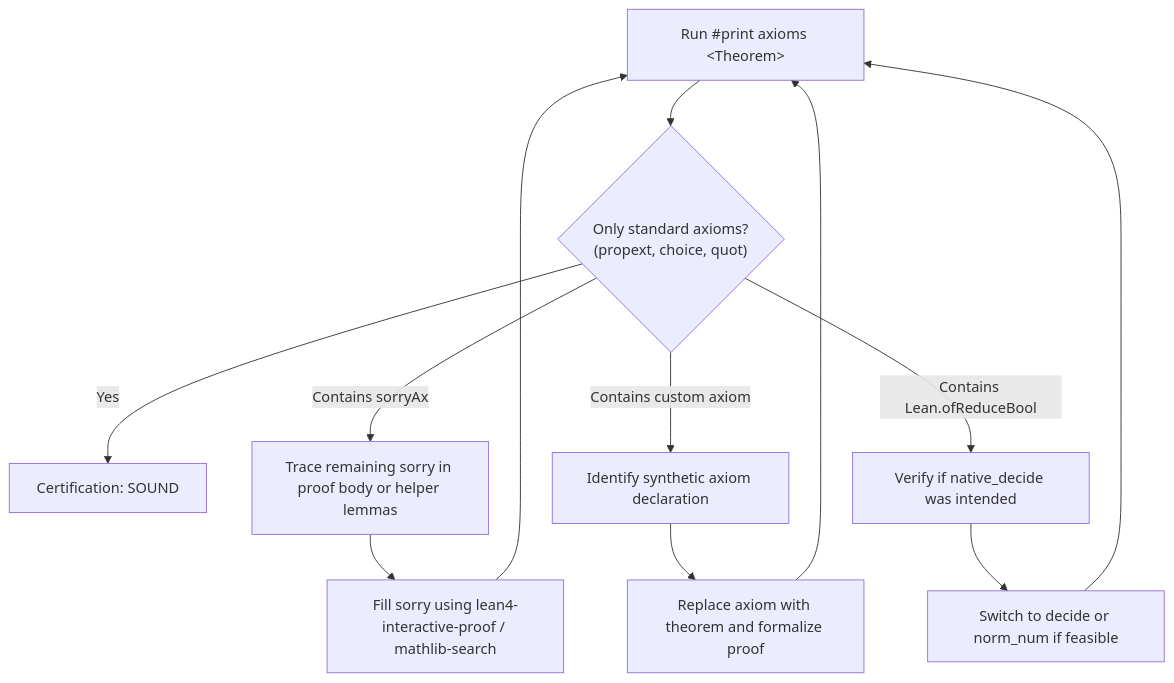
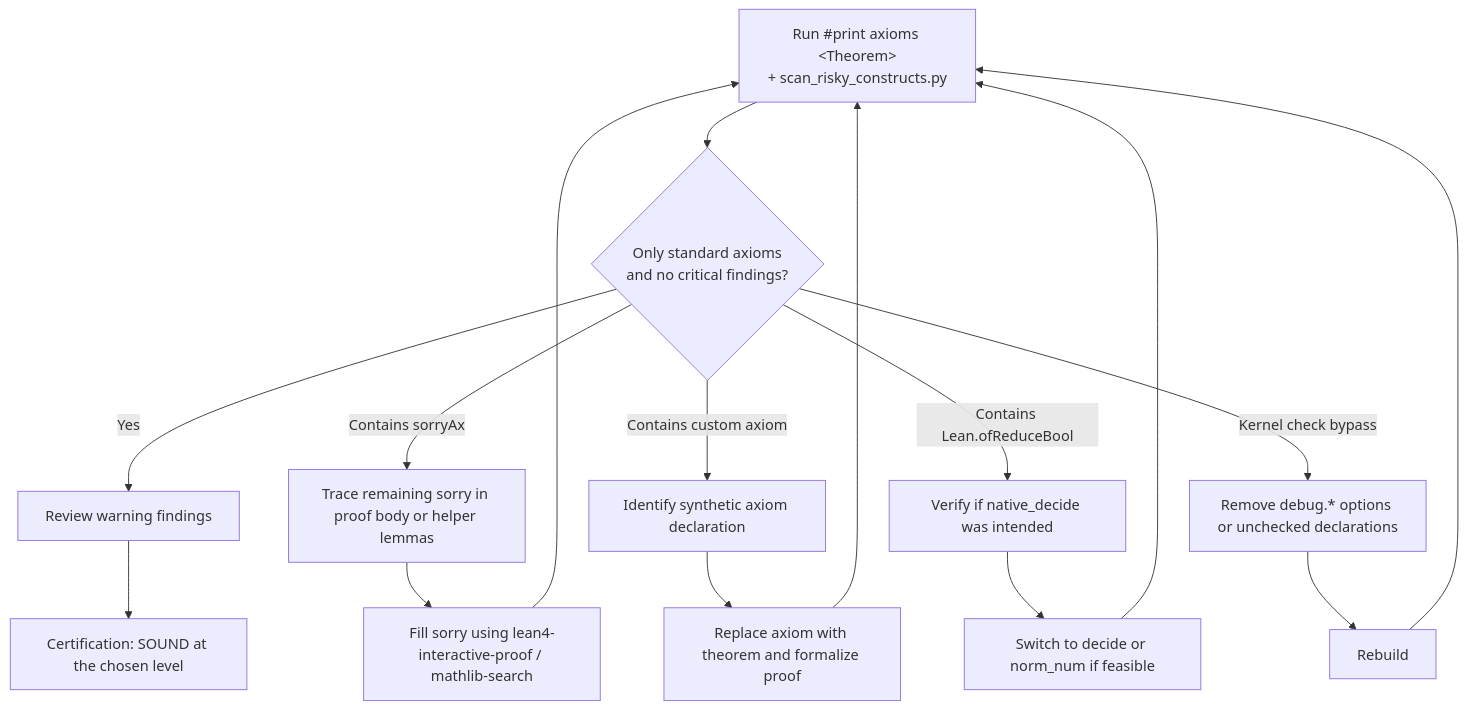
Before and after one commit to MI-1222/lean4-skills: the diagram in skills/lean4-cli/references/soundness_and_axiom_audit.md, drawn with Mermaid. The commit also changed other lines of this file and 4 other files, not shown here.

Commit message:
feat(cli): 信頼の前提を広げる構文を走査する`scan_risky_constructs.py`の追加

````diff
--- a/skills/lean4-cli/references/soundness_and_axiom_audit.md
+++ b/skills/lean4-cli/references/soundness_and_axiom_audit.md
@@ -114,16 +288,20 @@
 ```mermaid
 graph TD
-    Audit["Run #print axioms &lt;Theorem&gt;"] --> Check{"Only standard axioms?<br/>(propext, choice, quot)"}
-    Check -- "Yes" --> Sound["Certification: SOUND"]
+    Audit["Run #print axioms &lt;Theorem&gt;<br/>+ scan_risky_constructs.py"] --> Check{"Only standard axioms<br/>and no critical findings?"}
+    Check -- "Yes" --> Review["Review warning findings"]
+    Review --> Sound["Certification: SOUND at the chosen level"]
     Check -- "Contains sorryAx" --> Sorry["Trace remaining sorry in proof body or helper lemmas"]
     Check -- "Contains custom axiom" --> Custom["Identify synthetic axiom declaration"]
     Check -- "Contains Lean.ofReduceBool" --> Native["Verify if native_decide was intended"]
+    Check -- "Kernel check bypass" --> Bypass["Remove debug.* options or unchecked declarations"]
 
     Sorry --> Repair["Fill sorry using lean4-interactive-proof / mathlib-search"]
     Custom --> Inline["Replace axiom with theorem and formalize proof"]
     Native --> Kernel["Switch to decide or norm_num if feasible"]
+    Bypass --> Replay["Rebuild"]
 
     Repair --> Audit
     Inline --> Audit
     Kernel --> Audit
+    Replay --> Audit
 ```
````
